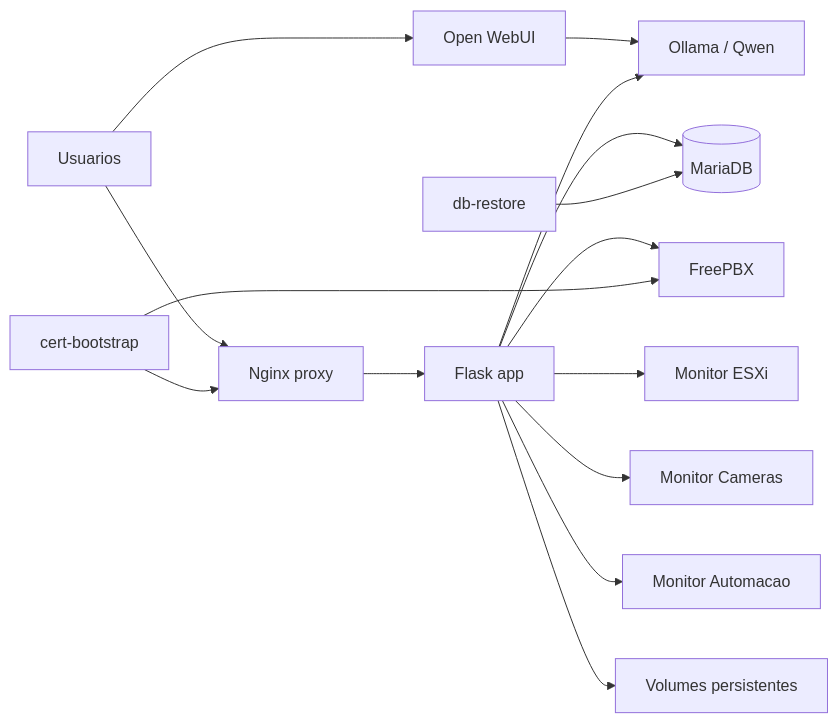
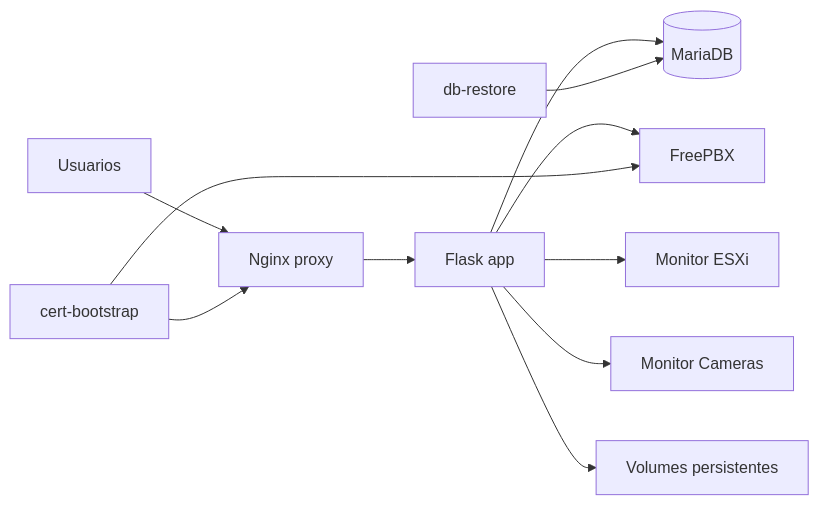
The first of 2 diagrams in apps/riob/source/docs/OPERACAO_E_DEPLOY.md (renansc/NanotechSoft), drawn with Mermaid before and after one commit. The commit also changed other lines of this file and 188 other files, not shown here.

````diff
--- a/apps/riob/source/docs/OPERACAO_E_DEPLOY.md
+++ b/apps/riob/source/docs/OPERACAO_E_DEPLOY.md
@@ -16,17 +16,13 @@
 ```mermaid
 flowchart LR
     U[Usuarios] --> P[Nginx proxy]
     P --> A[Flask app]
-    U --> W[Open WebUI]
-    W --> O[Ollama / Qwen]
-    A --> O
     A --> DB[(MariaDB)]
     A --> PBX[FreePBX]
     A --> M1[Monitor ESXi]
     A --> M2[Monitor Cameras]
-    A --> M3[Monitor Automacao]
     A --> FS[Volumes persistentes]
     C[cert-bootstrap] --> P
     C --> PBX
     R[db-restore] --> DB
 ```
````
